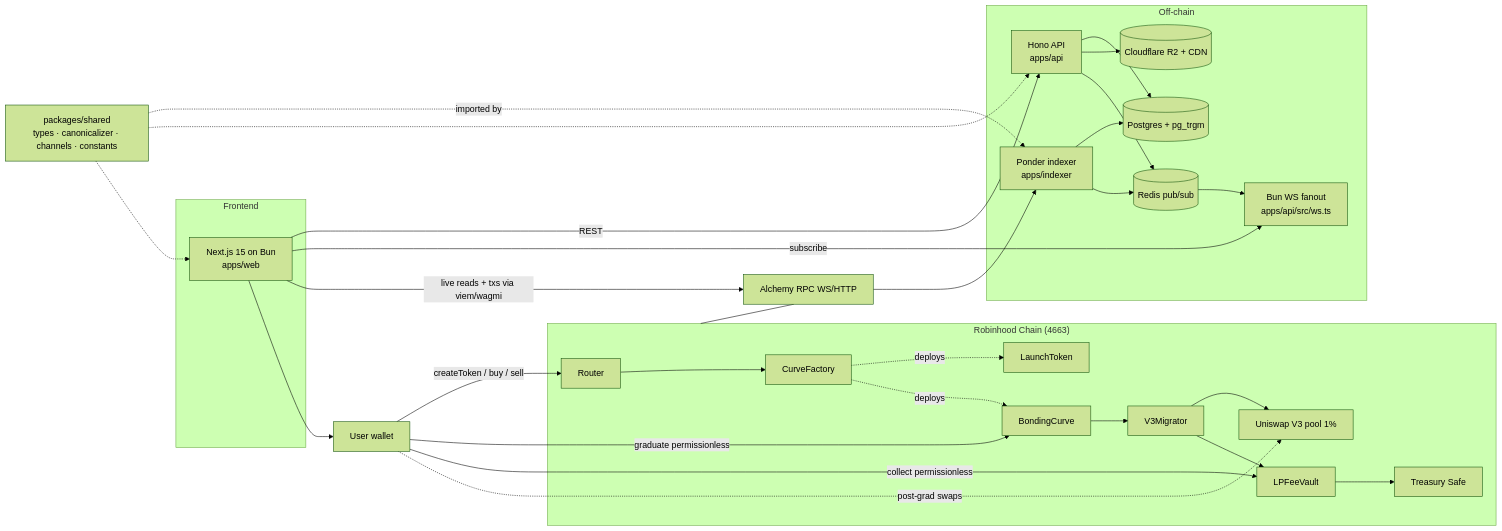
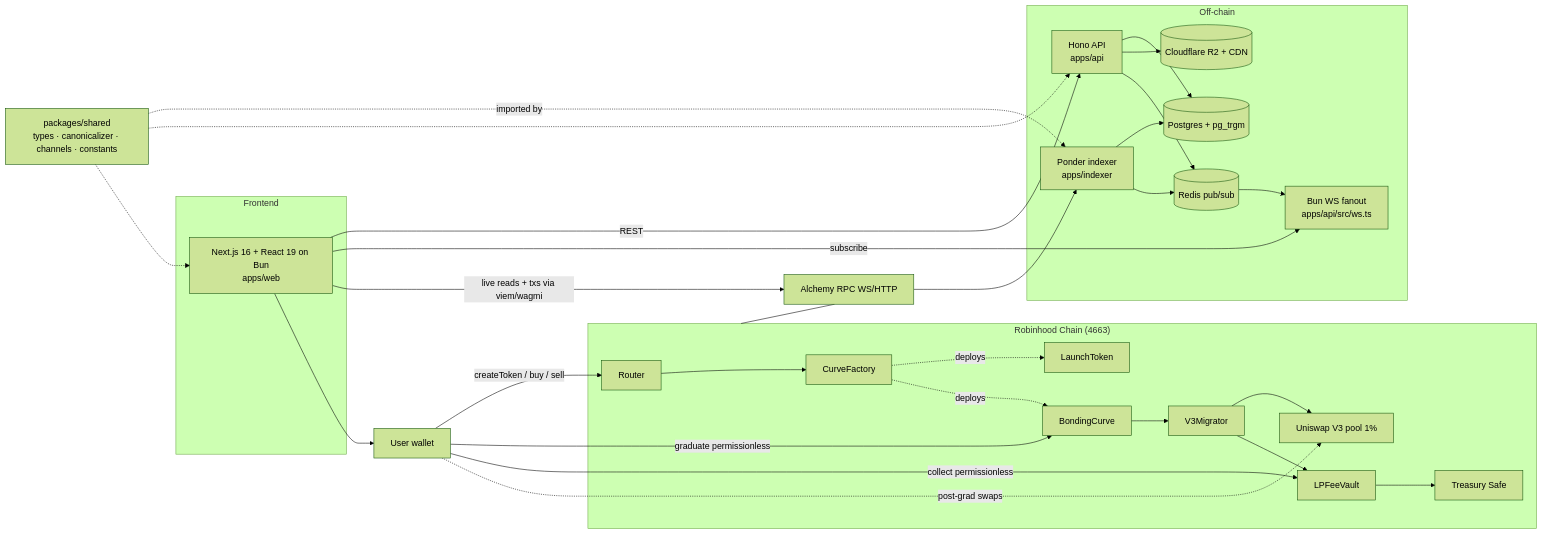
Before and after one commit to robbed-fun/robbed: the diagram in docs/architecture.md, drawn with Mermaid (forest theme). The commit also changed other lines of this file and 727 other files, not shown here.

````diff
--- a/docs/architecture.md
+++ b/docs/architecture.md
@@ -11,42 +11,42 @@
 ```mermaid
 flowchart LR
     subgraph chain["Robinhood Chain (4663)"]
         RTR[Router] --> CF[CurveFactory]
         CF -.deploys.-> LT[LaunchToken]
         CF -.deploys.-> BC[BondingCurve]
         BC --> MIG[V3Migrator]
         MIG --> POOL[Uniswap V3 pool 1%]
         MIG --> VAULT[LPFeeVault]
         VAULT --> SAFE[Treasury Safe]
     end
 
     WALLET[User wallet] -->|createToken / buy / sell| RTR
     WALLET -->|graduate permissionless| BC
     WALLET -->|collect permissionless| VAULT
     WALLET -.->|post-grad swaps| POOL
 
     subgraph offchain["Off-chain"]
         PONDER[Ponder indexer<br/>apps/indexer] --> PG[(Postgres + pg_trgm)]
         PONDER --> REDIS[(Redis pub/sub)]
         REDIS --> WS[Bun WS fanout<br/>apps/api/src/ws.ts]
         API[Hono API<br/>apps/api] --> PG
         API --> R2[(Cloudflare R2 + CDN)]
         API --> REDIS
     end
 
     RPC[Alchemy RPC WS/HTTP] --> PONDER
     chain --- RPC
 
     subgraph fe["Frontend"]
-        WEB[Next.js 15 on Bun<br/>apps/web]
+        WEB[Next.js 16 + React 19 on Bun<br/>apps/web]
     end
 
     WEB -->|REST| API
     WEB -->|subscribe| WS
     WEB -->|live reads + txs via viem/wagmi| RPC
     WEB --> WALLET
 
     SHARED[packages/shared<br/>types · canonicalizer · channels · constants] -.imported by.-> PONDER
     SHARED -.-> API
     SHARED -.-> WEB
 ```
````
